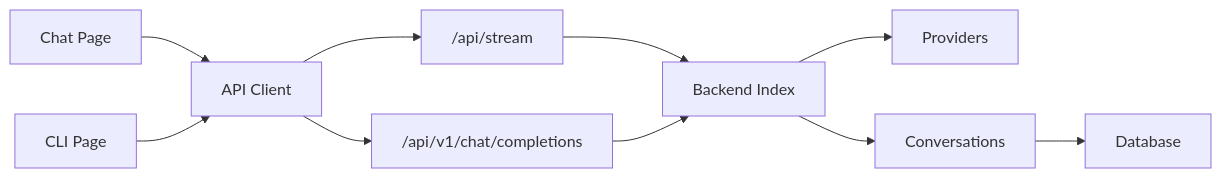
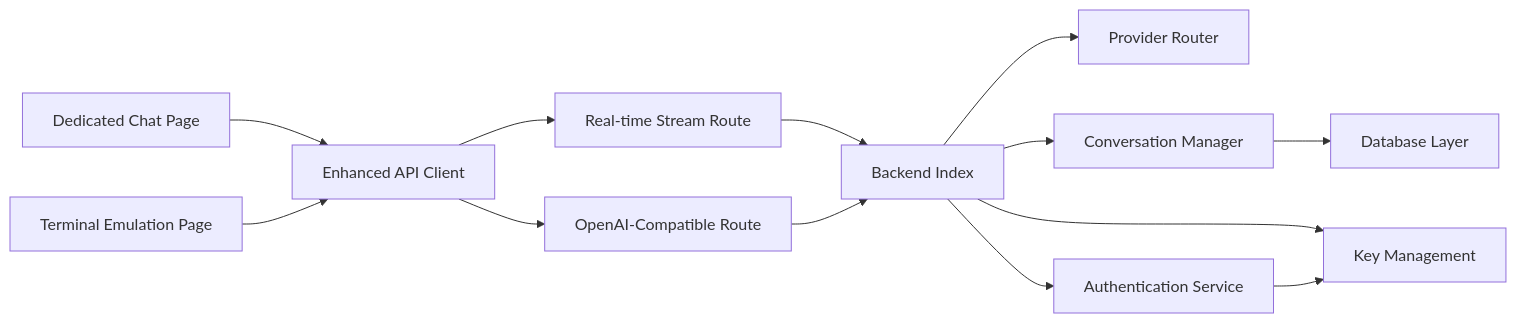
The third of 3 diagrams in .qoder/repowiki/en/content/Chat Interface.md (HassanAmeer/cheaprouter), drawn with Mermaid before and after one commit. The commit also changed other lines of this file and 54 other files, not shown here.

````diff
--- a/.qoder/repowiki/en/content/Chat Interface.md
+++ b/.qoder/repowiki/en/content/Chat Interface.md
@@ -314,12 +381,15 @@
 ```mermaid
 graph LR
-ChatPage["Chat Page"] --> ApiClient["API Client"]
-CLIPage["CLI Page"] --> ApiClient
-ApiClient --> StreamRoute["/api/stream"]
-ApiClient --> CompletionsRoute["/api/v1/chat/completions"]
+ChatPage["Dedicated Chat Page"] --> ApiClient["Enhanced API Client"]
+CLIPage["Terminal Emulation Page"] --> ApiClient
+ApiClient --> StreamRoute["Real-time Stream Route"]
+ApiClient --> CompletionsRoute["OpenAI-Compatible Route"]
 StreamRoute --> BackendIndex["Backend Index"]
 CompletionsRoute --> BackendIndex
-BackendIndex --> Providers["Providers"]
-BackendIndex --> Conversations["Conversations"]
-Conversations --> DB["Database"]
+BackendIndex --> Providers["Provider Router"]
+BackendIndex --> Conversations["Conversation Manager"]
+BackendIndex --> Auth["Authentication Service"]
+BackendIndex --> Keys["Key Management"]
+Conversations --> DB["Database Layer"]
+Auth --> Keys
 ```
````
